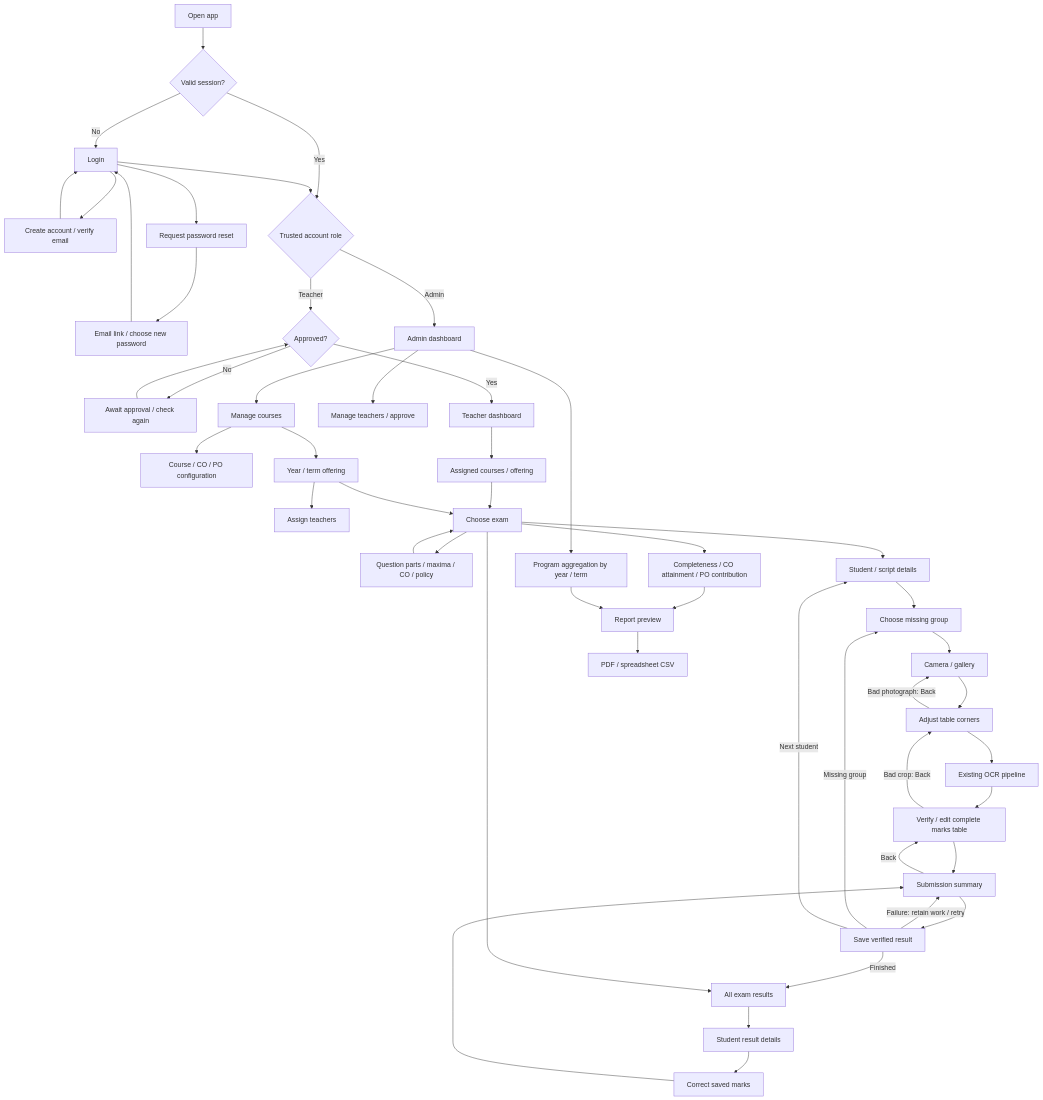
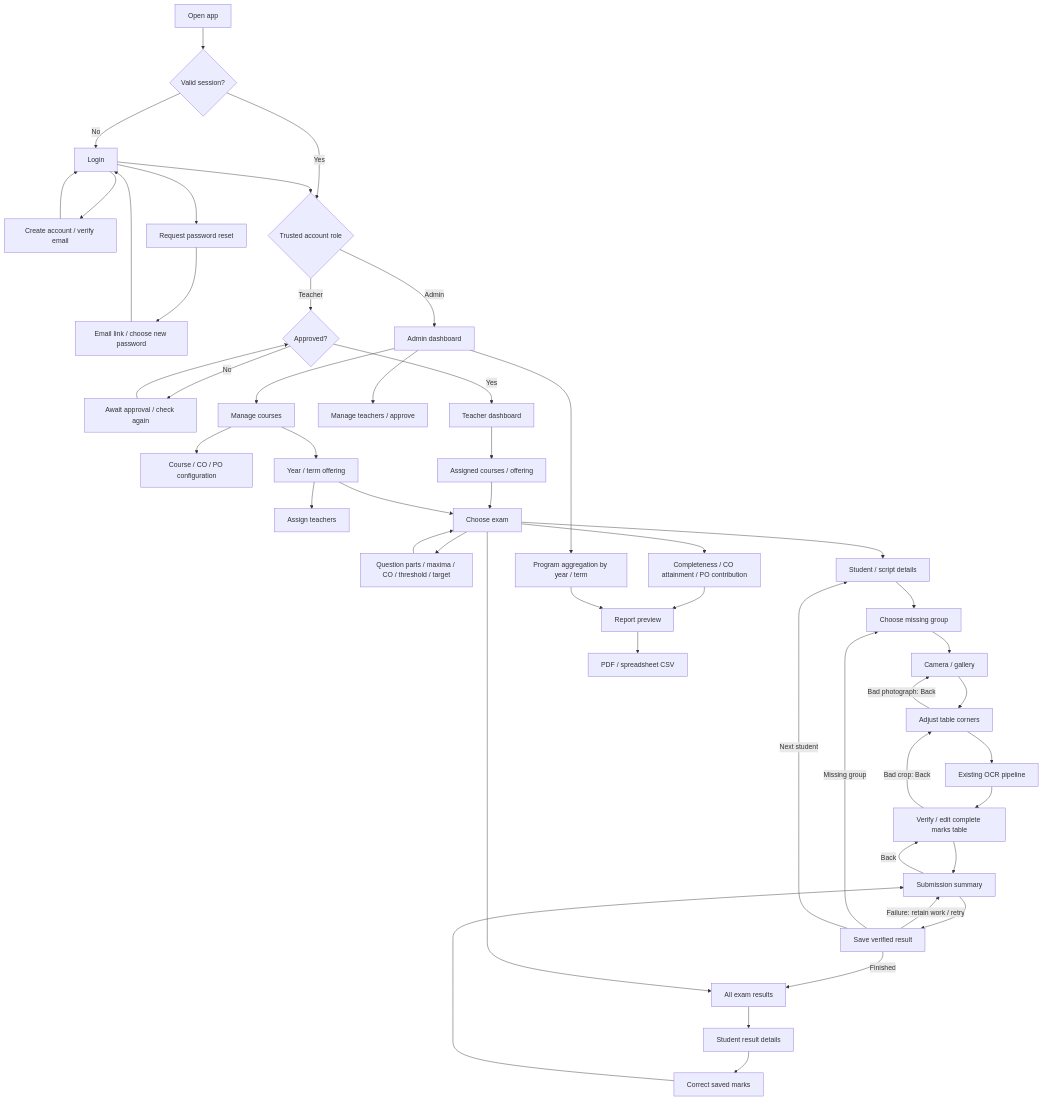
The diagram in docs/WORKFLOW.md (ullas-6575/OBE-Lens-X), drawn with Mermaid before and after one commit. The commit also changed other lines of this file and 21 other files, not shown here.

````diff
--- a/docs/WORKFLOW.md
+++ b/docs/WORKFLOW.md
@@ -42,51 +45,51 @@
 ```mermaid
 flowchart TD
     Entry[Open app] --> Session{Valid session?}
     Session -->|No| Login
     Login --> Signup[Create account / verify email]
     Signup --> Login
     Login --> Reset[Request password reset]
     Reset --> Recovery[Email link / choose new password]
     Recovery --> Login
     Session -->|Yes| Role{Trusted account role}
     Login --> Role
     Role -->|Admin| Admin[Admin dashboard]
     Role -->|Teacher| Approval{Approved?}
     Approval -->|No| Pending[Await approval / check again]
     Pending --> Approval
     Approval -->|Yes| Teacher[Teacher dashboard]
     Admin --> Teachers[Manage teachers / approve]
     Admin --> Courses[Manage courses]
     Courses --> Config[Course / CO / PO configuration]
     Courses --> Offering[Year / term offering]
     Offering --> Assign[Assign teachers]
     Teacher --> Assigned[Assigned courses / offering]
     Assigned --> Exam[Choose exam]
     Offering --> Exam
-    Exam --> Mapping[Question parts / maxima / CO / policy]
+    Exam --> Mapping[Question parts / maxima / CO / threshold / target]
     Mapping --> Exam
     Exam --> Student[Student / script details]
     Student --> Group[Choose missing group]
     Group --> Photo[Camera / gallery]
     Photo --> Crop[Adjust table corners]
     Crop --> Process[Existing OCR pipeline]
     Process --> Verify[Verify / edit complete marks table]
     Verify -->|Bad crop: Back| Crop
     Crop -->|Bad photograph: Back| Photo
     Verify --> Summary[Submission summary]
     Summary -->|Back| Verify
     Summary --> Save[Save verified result]
     Save -->|Failure: retain work / retry| Summary
     Save -->|Missing group| Group
     Save -->|Next student| Student
     Save -->|Finished| Results[All exam results]
     Exam --> Results
     Results --> Detail[Student result details]
     Detail --> Correct[Correct saved marks]
     Correct --> Summary
     Exam --> Report[Completeness / CO attainment / PO contribution]
     Report --> Preview[Report preview]
     Preview --> Export[PDF / spreadsheet CSV]
     Admin --> Program[Program aggregation by year / term]
     Program --> Preview
 ```
````
